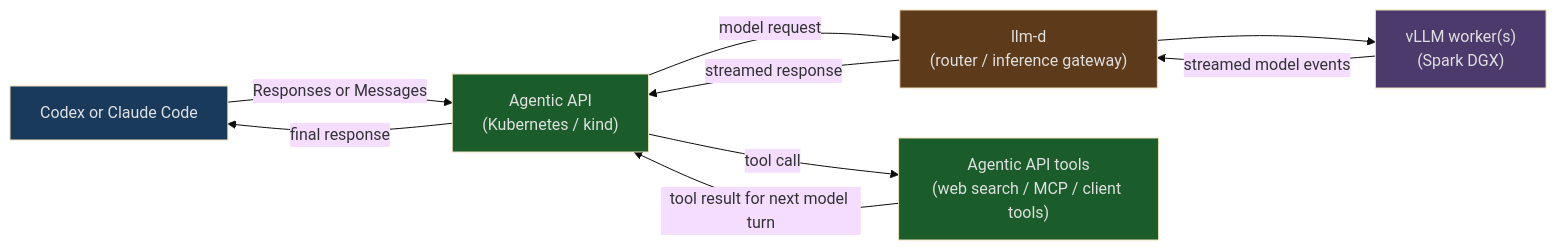
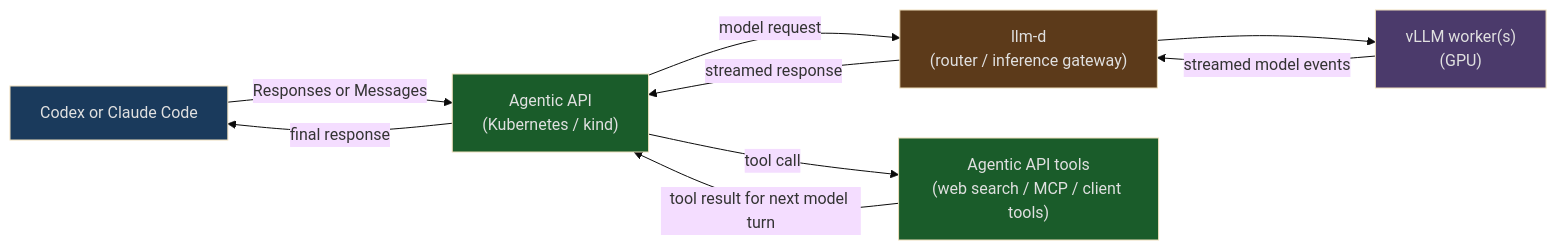
The diagram in docs/deploying/README.md (StevenWang-CY/agentic-api), drawn with Mermaid (base theme) before and after one commit. The commit also changed other lines of this file, not shown here.

Commit message:
docs: generalize GPU deployment wording

````diff
--- a/docs/deploying/README.md
+++ b/docs/deploying/README.md
@@ -22,26 +22,26 @@
 ```mermaid
 flowchart LR
     C["Codex or Claude Code"]
     A["Agentic API\n(Kubernetes / kind)"]
     L["llm-d\n(router / inference gateway)"]
-    V["vLLM worker(s)\n(Spark DGX)"]
+    V["vLLM worker(s)\n(GPU)"]
     T["Agentic API tools\n(web search / MCP / client tools)"]
 
     C -->|"Responses or Messages"| A
     A -->|"model request"| L
     L --> V
     V -->|"streamed model events"| L
     L -->|"streamed response"| A
     A -->|"tool call"| T
     T -->|"tool result for next model turn"| A
     A -->|"final response"| C
 
     classDef client fill:#1a3a5c,color:#e0e0e0
     classDef gateway fill:#1a5c2a,color:#e0e0e0
     classDef router fill:#5c3a1a,color:#e0e0e0
     classDef worker fill:#4b3a6b,color:#e0e0e0
     class C client
     class A,T gateway
     class L router
     class V worker
 ```
````
